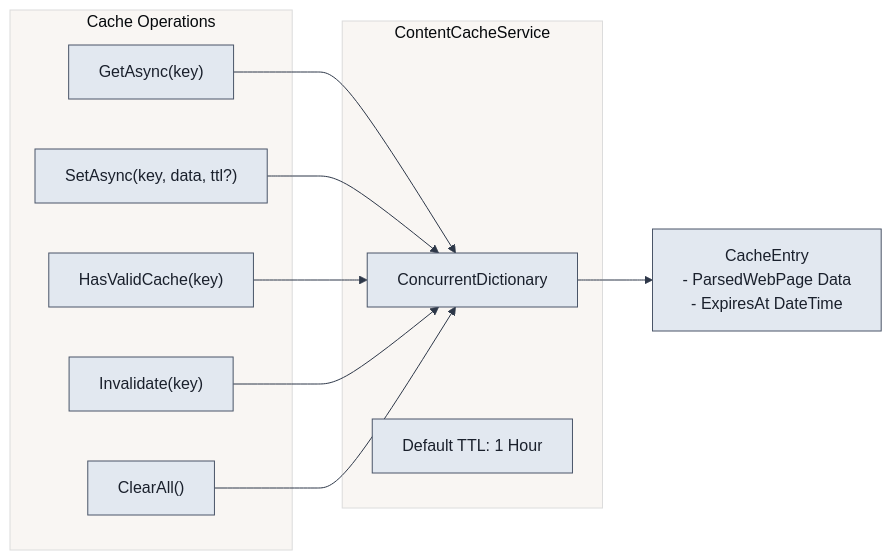
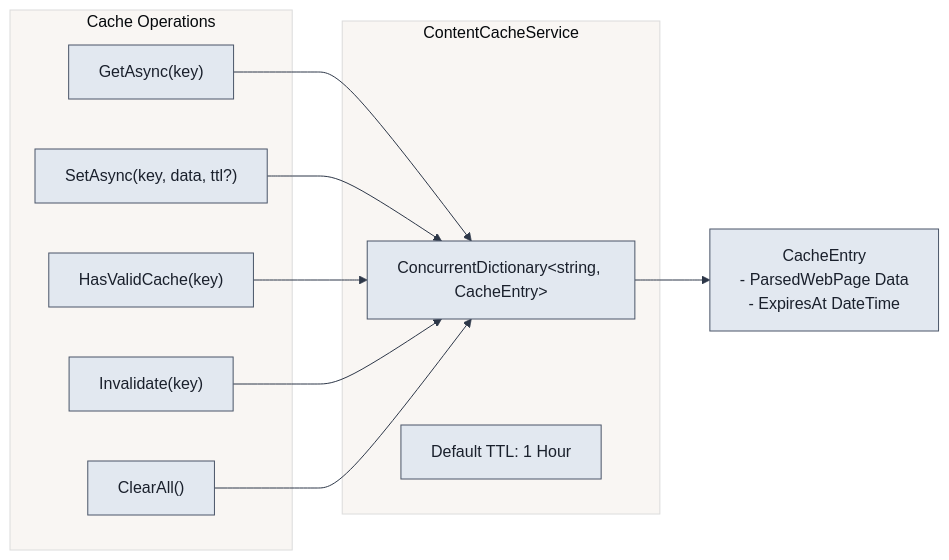
The tenth of 12 diagrams in docs/FlowCharts/Downloads-Flow.md (undead2146/GenHub), drawn with Mermaid before and after one commit. The commit also changed other lines of this file and 8 other files, not shown here.

Commit message:
docs(downloads): resolve review feedback and clarify PR 265 carve architecture

````diff
--- a/docs/FlowCharts/Downloads-Flow.md
+++ b/docs/FlowCharts/Downloads-Flow.md
@@ -568,36 +572,36 @@
 ```mermaid
 %%{init: {
   'theme': 'base',
   'themeVariables': {
     'primaryColor': '#e2e8f0',
     'primaryTextColor': '#1a202c',
     'primaryBorderColor': '#4a5568',
     'lineColor': '#2d3748',
     'background': '#ffffff'
   }
 }}%%
 
 flowchart LR
     subgraph Cache["ContentCacheService"]
-        CacheStore["ConcurrentDictionary<string, CacheEntry>"]
+        CacheStore["ConcurrentDictionary&lt;string, CacheEntry&gt;"]
         TTL["Default TTL: 1 Hour"]
     end
 
     subgraph Operations["Cache Operations"]
         Get["GetAsync(key)"]
         Set["SetAsync(key, data, ttl?)"]
         Has["HasValidCache(key)"]
         Invalidate["Invalidate(key)"]
         Clear["ClearAll()"]
     end
 
     Get --> CacheStore
     Set --> CacheStore
     Has --> CacheStore
     Invalidate --> CacheStore
     Clear --> CacheStore
 
     CacheEntry["CacheEntry<br/>- ParsedWebPage Data<br/>- ExpiresAt DateTime"]
 
     CacheStore --> CacheEntry
 ```
````
